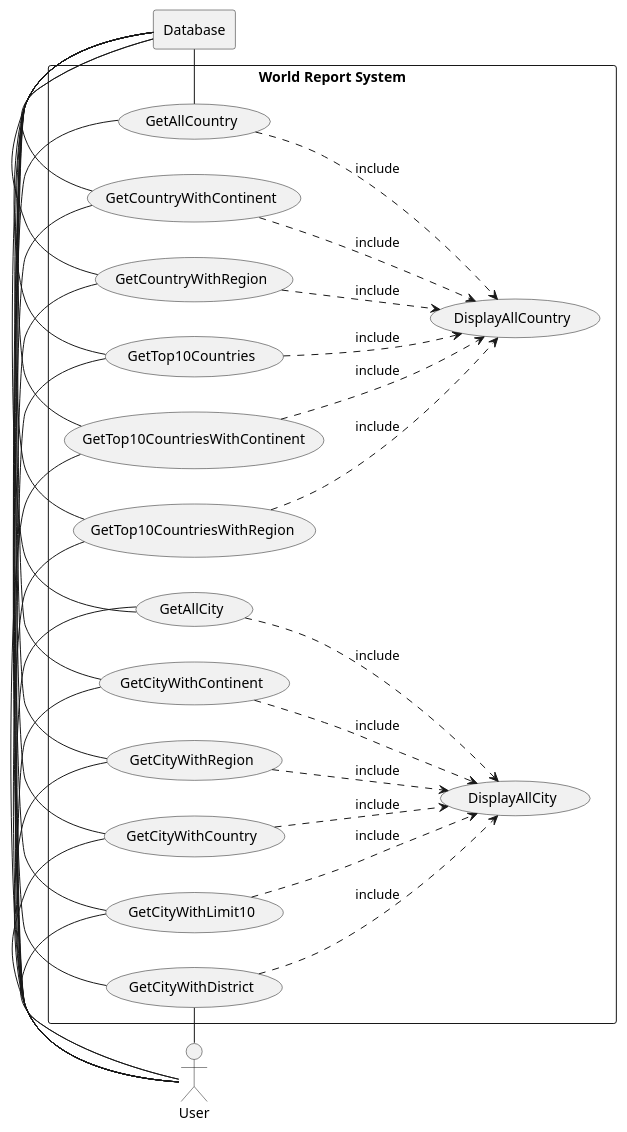
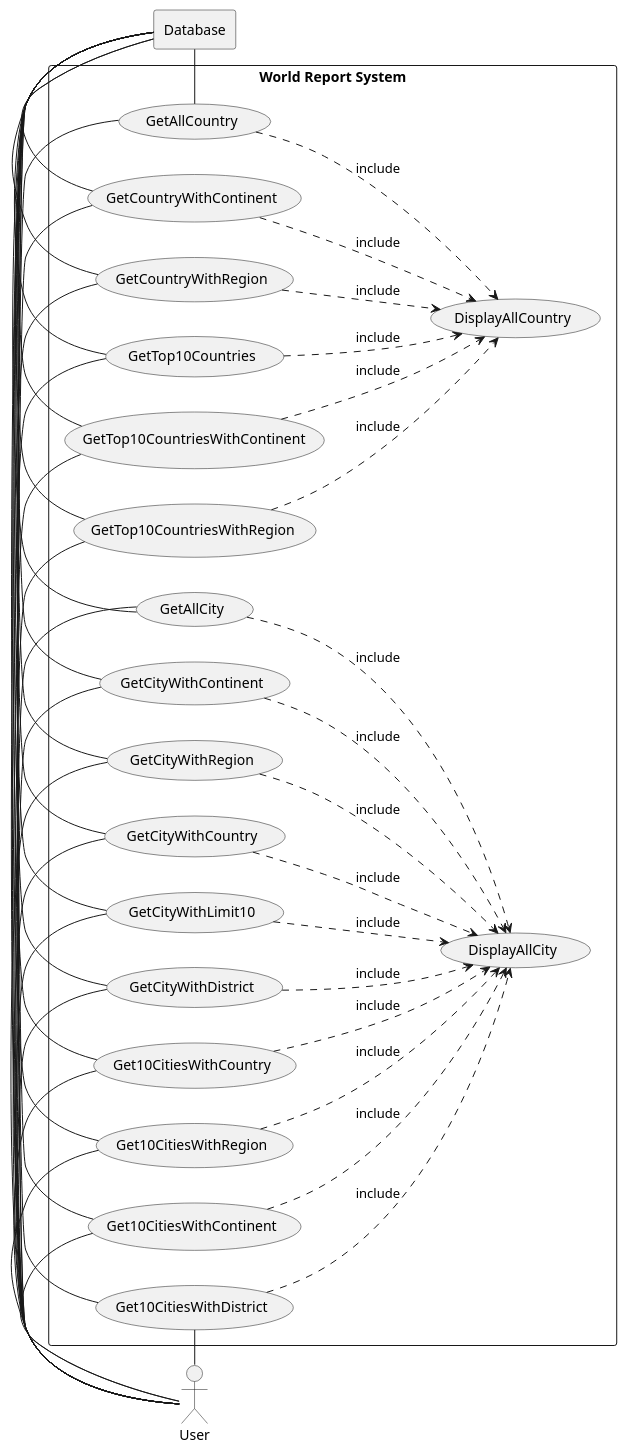
Before and after one commit to groupgp1/group1: the diagram in use-cases/usecase.puml, drawn with PlantUML. The commit also changed 2 other files, not shown here.

```diff
--- a/use-cases/usecase.puml
+++ b/use-cases/usecase.puml
@@ -1,66 +1,82 @@
 @startuml
 
 actor user as "User"
 
 rectangle Database
 left to right direction
 
 rectangle "World Report System" {
 
     usecase UC1 as "GetAllCountry"
     usecase UCa as "DisplayAllCountry"
     usecase UCb as "DisplayAllCity"
     usecase UC2 as "GetCountryWithContinent"
     usecase UC3 as "GetCountryWithRegion"
     usecase UC4 as "GetTop10Countries"
     usecase UC5 as "GetTop10CountriesWithContinent"
     usecase UC6 as "GetTop10CountriesWithRegion"
     usecase UC7 as "GetAllCity"
     usecase UC8 as "GetCityWithContinent"
     usecase UC9 as "GetCityWithRegion"
     usecase UC10 as "GetCityWithCountry"
     usecase UC11 as "GetCityWithLimit10"
     usecase UC12 as "GetCityWithDistrict"
+    usecase UC13 as "Get10CitiesWithCountry"
+    usecase UC14 as "Get10CitiesWithRegion"
+    usecase UC15 as "Get10CitiesWithContinent"
+    usecase UC16 as "Get10CitiesWithDistrict"
 
     user - UC1
     user - UC2
     user - UC3
     user - UC4
     user - UC5
     user - UC6
     user - UC7
     user - UC8
     user - UC9
     user - UC10
     user - UC11
     user - UC12
+    user - UC13
+    user - UC14
+    user - UC15
+    user - UC16
 
     UC1 ..> UCa : include
     UC2 ..> UCa : include
     UC3 ..> UCa : include
     UC4 ..> UCa : include
     UC5 ..> UCa : include
     UC6 ..> UCa : include
     UC7 ..> UCb : include
     UC8 ..> UCb : include
     UC9 ..> UCb : include
     UC10 ..> UCb : include
     UC11 ..> UCb : include
     UC12 ..> UCb : include
+    UC13 ..> UCb : include
+    UC14 ..> UCb : include
+    UC15 ..> UCb : include
+    UC16 ..> UCb : include
 
     UC1 - Database
     UC2 - Database
     UC3 - Database
     UC4 - Database
     UC5 - Database
     UC6 - Database
     UC7 - Database
     UC8 - Database
     UC9 - Database
     UC10 - Database
     UC11 - Database
     UC12 - Database
+    UC13 - Database
+    UC14 - Database
+    UC15 - Database
+    UC16 - Database
 
 }
 
 @enduml
```
